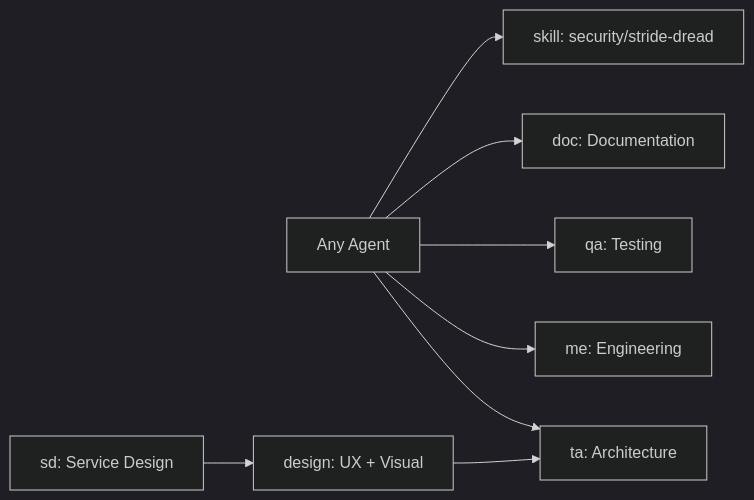
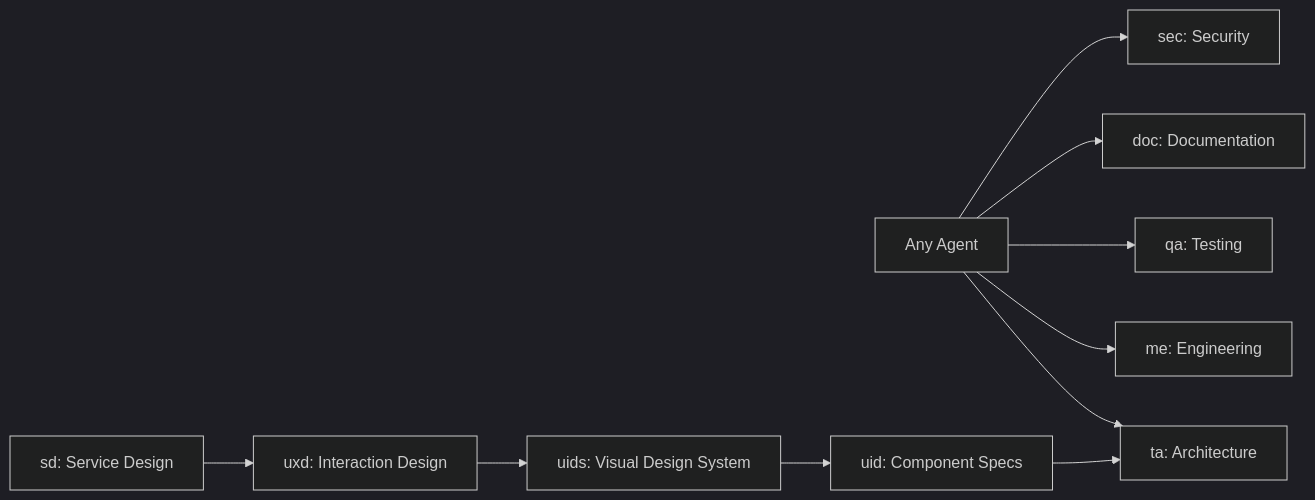
One commit to Everyone-Needs-A-Copilot/claude-copilot changed the third of 3 diagrams in docs/01-getting-started/02-learning-roadmap.md. Above: the diagram before and after it, drawn with Mermaid (dark theme). The commit also changed other lines of this file and 13 other files, not shown here.

````diff
--- a/docs/01-getting-started/02-learning-roadmap.md
+++ b/docs/01-getting-started/02-learning-roadmap.md
@@ -415,10 +437,12 @@
 ```mermaid
 graph LR
     A[Any Agent] --> B[ta: Architecture]
-    D[sd: Service Design] --> E[design: UX + Visual]
-    E --> B
+    D[sd: Service Design] --> E[uxd: Interaction Design]
+    E --> F[uids: Visual Design System]
+    F --> G[uid: Component Specs]
+    G --> B
     A --> H[me: Engineering]
     A --> I[qa: Testing]
     A --> J[doc: Documentation]
-    A --> K[skill: security/stride-dread]
+    A --> K[sec: Security]
 ```
````
